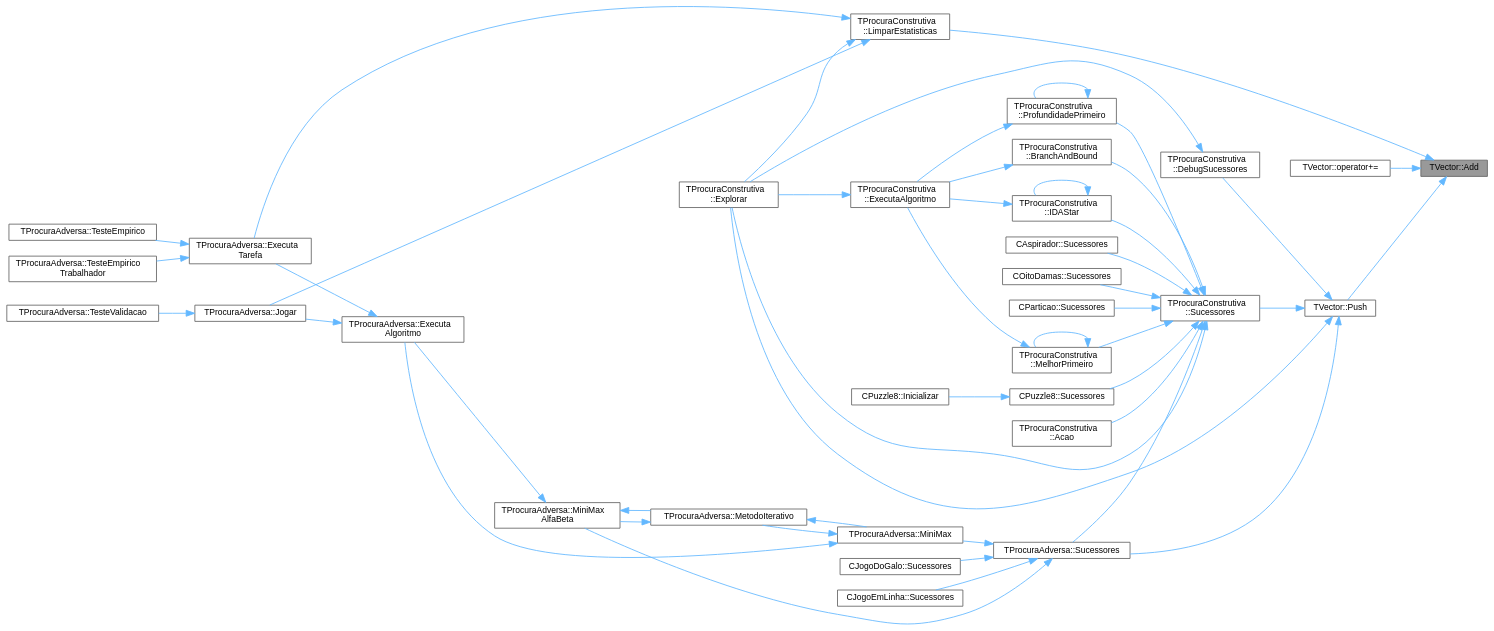
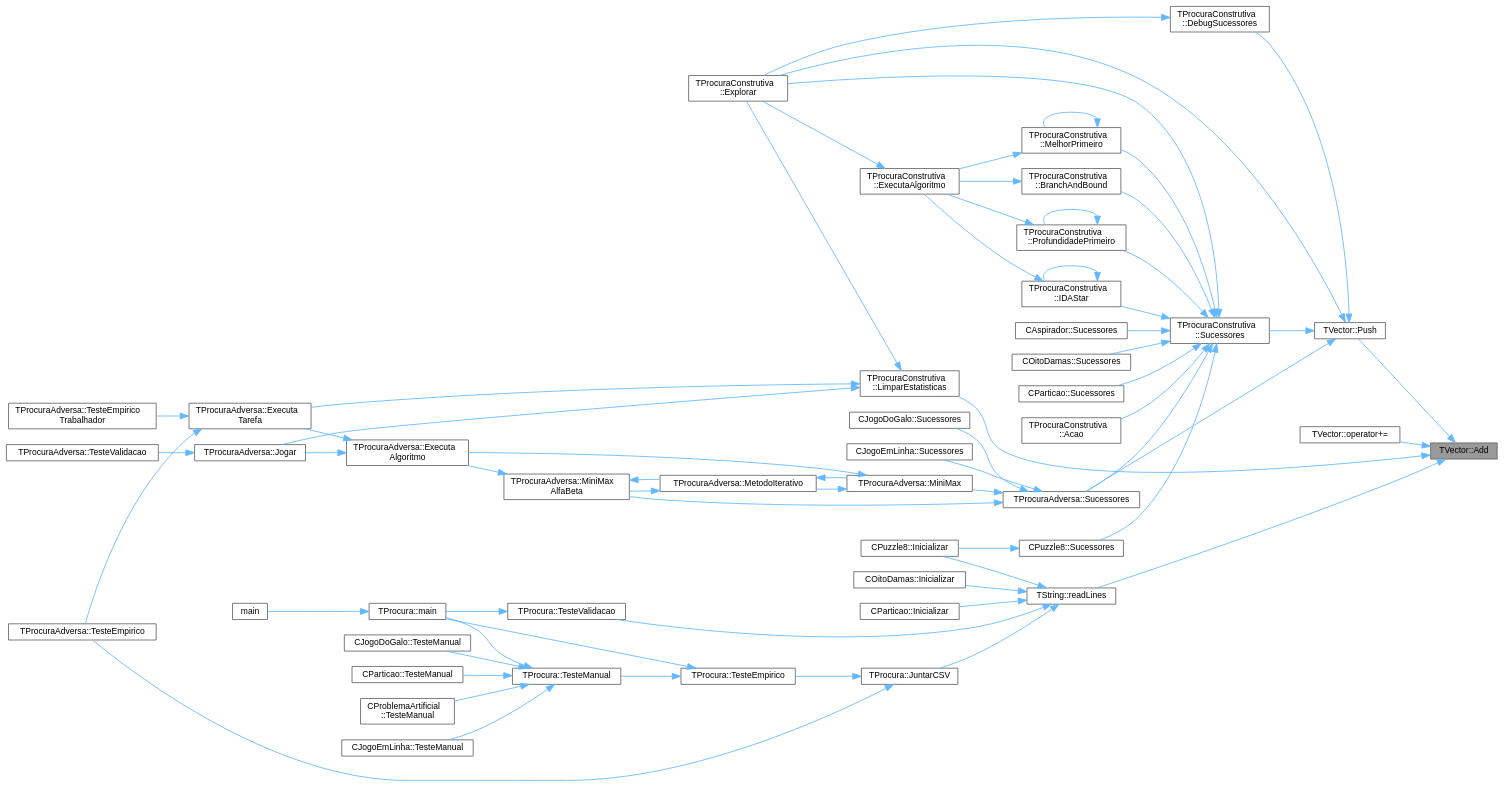
Before and after one commit to jcoelho72/TProcura: the diagram in classTVector_aa28afdd47b27c5e004fc75b86d6f66a6_icgraph.dot, drawn with Graphviz. The commit also changed 68 other files, not shown here.

```diff
--- a/classTVector_aa28afdd47b27c5e004fc75b86d6f66a6_icgraph.dot
+++ b/classTVector_aa28afdd47b27c5e004fc75b86d6f66a6_icgraph.dot
@@ -81,4 +81,34 @@
   Node29 [id="Node000029",label="CPuzzle8::Sucessores",height=0.2,width=0.4,color="grey40", fillcolor="white", style="filled",URL="$classCPuzzle8.html#a65dd2ff8c163c5542a12b2213c2fd12a",tooltip="Coloca em sucessores a lista de estados sucessores."];
   Node29 -> Node30 [id="edge46_Node000029_Node000030",dir="back",color="steelblue1",style="solid",tooltip=" "];
   Node30 [id="Node000030",label="CPuzzle8::Inicializar",height=0.2,width=0.4,color="grey40", fillcolor="white", style="filled",URL="$classCPuzzle8.html#ab69d1a9a91d91b918ef43b102f78e5ed",tooltip="Coloca o objecto no estado inicial da procura."];
+  Node1 -> Node31 [id="edge47_Node000001_Node000031",dir="back",color="steelblue1",style="solid",tooltip=" "];
+  Node31 [id="Node000031",label="TString::readLines",height=0.2,width=0.4,color="grey40", fillcolor="white", style="filled",URL="$classTString.html#ae7b848f7e090aae31886c8fd535e1055",tooltip=" "];
+  Node31 -> Node32 [id="edge48_Node000031_Node000032",dir="back",color="steelblue1",style="solid",tooltip=" "];
+  Node32 [id="Node000032",label="COitoDamas::Inicializar",height=0.2,width=0.4,color="grey40", fillcolor="white", style="filled",URL="$classCOitoDamas.html#a48d0b8900af154394ad59db6d0d94214",tooltip="Coloca o objecto no estado inicial da procura."];
+  Node31 -> Node33 [id="edge49_Node000031_Node000033",dir="back",color="steelblue1",style="solid",tooltip=" "];
+  Node33 [id="Node000033",label="CParticao::Inicializar",height=0.2,width=0.4,color="grey40", fillcolor="white", style="filled",URL="$classCParticao.html#a9398d7eb5af933dd64c50bb09bba6400",tooltip="Coloca o objecto no estado inicial da procura."];
+  Node31 -> Node30 [id="edge50_Node000031_Node000030",dir="back",color="steelblue1",style="solid",tooltip=" "];
+  Node31 -> Node34 [id="edge51_Node000031_Node000034",dir="back",color="steelblue1",style="solid",tooltip=" "];
+  Node34 [id="Node000034",label="TProcura::JuntarCSV",height=0.2,width=0.4,color="grey40", fillcolor="white", style="filled",URL="$classTProcura.html#a7a323608db4326cb4f9901e324881035",tooltip="Juntar ficheiros CSV gerados por diferentes processos MPI em um único ficheiro."];
+  Node34 -> Node35 [id="edge52_Node000034_Node000035",dir="back",color="steelblue1",style="solid",tooltip=" "];
+  Node35 [id="Node000035",label="TProcura::TesteEmpirico",height=0.2,width=0.4,color="grey40", fillcolor="white", style="filled",URL="$classTProcura.html#acee9af6bb96ce1557fbec912f9ada9ce",tooltip="Executa testes empíricos, em todas as configurações guardadas, nas instâncias selecionadas."];
+  Node35 -> Node36 [id="edge53_Node000035_Node000036",dir="back",color="steelblue1",style="solid",tooltip=" "];
+  Node36 [id="Node000036",label="TProcura::main",height=0.2,width=0.4,color="grey40", fillcolor="white", style="filled",URL="$classTProcura.html#a8efd6f9c08b28effd32ab3ed07b4f70e",tooltip="Inicializa a interação com o utilizador."];
+  Node36 -> Node37 [id="edge54_Node000036_Node000037",dir="back",color="steelblue1",style="solid",tooltip=" "];
+  Node37 [id="Node000037",label="main",height=0.2,width=0.4,color="grey40", fillcolor="white", style="filled",URL="$Adversa_2Teste_2teste_8cpp.html#a0ddf1224851353fc92bfbff6f499fa97",tooltip=" "];
+  Node35 -> Node38 [id="edge55_Node000035_Node000038",dir="back",color="steelblue1",style="solid",tooltip=" "];
+  Node38 [id="Node000038",label="TProcura::TesteManual",height=0.2,width=0.4,color="grey40", fillcolor="white", style="filled",URL="$classTProcura.html#a8331059908495f9a915ada39424ca27c",tooltip="Inicializa a interação com o utilizador."];
+  Node38 -> Node36 [id="edge56_Node000038_Node000036",dir="back",color="steelblue1",style="solid",tooltip=" "];
+  Node38 -> Node39 [id="edge57_Node000038_Node000039",dir="back",color="steelblue1",style="solid",tooltip=" "];
+  Node39 [id="Node000039",label="CJogoDoGalo::TesteManual",height=0.2,width=0.4,color="grey40", fillcolor="white", style="filled",URL="$classCJogoDoGalo.html#a113984a3801a93ebce61e0a700a413ab",tooltip=" "];
+  Node38 -> Node40 [id="edge58_Node000038_Node000040",dir="back",color="steelblue1",style="solid",tooltip=" "];
+  Node40 [id="Node000040",label="CParticao::TesteManual",height=0.2,width=0.4,color="grey40", fillcolor="white", style="filled",URL="$classCParticao.html#aa4d328b9944991f3fc52ce0726111865",tooltip=" "];
+  Node38 -> Node41 [id="edge59_Node000038_Node000041",dir="back",color="steelblue1",style="solid",tooltip=" "];
+  Node41 [id="Node000041",label="CProblemaArtificial\l::TesteManual",height=0.2,width=0.4,color="grey40", fillcolor="white", style="filled",URL="$classCProblemaArtificial.html#abaad629eb538177261df40e1e27e92ed",tooltip=" "];
+  Node38 -> Node42 [id="edge60_Node000038_Node000042",dir="back",color="steelblue1",style="solid",tooltip=" "];
+  Node42 [id="Node000042",label="CJogoEmLinha::TesteManual",height=0.2,width=0.4,color="grey40", fillcolor="white", style="filled",URL="$classCJogoEmLinha.html#a605b4293eeaed3fd542afe36edcc8d51",tooltip="Inicializa a interação com o utilizador."];
+  Node34 -> Node4 [id="edge61_Node000034_Node000004",dir="back",color="steelblue1",style="solid",tooltip=" "];
+  Node31 -> Node43 [id="edge62_Node000031_Node000043",dir="back",color="steelblue1",style="solid",tooltip=" "];
+  Node43 [id="Node000043",label="TProcura::TesteValidacao",height=0.2,width=0.4,color="grey40", fillcolor="white", style="filled",URL="$classTProcura.html#a60074f8de5e9e28abcc68246f8dfae8e",tooltip="Executa testes de validação, executando cada solução na instância respetiva, e verificando a sua vali..."];
+  Node43 -> Node36 [id="edge63_Node000043_Node000036",dir="back",color="steelblue1",style="solid",tooltip=" "];
 }
```
